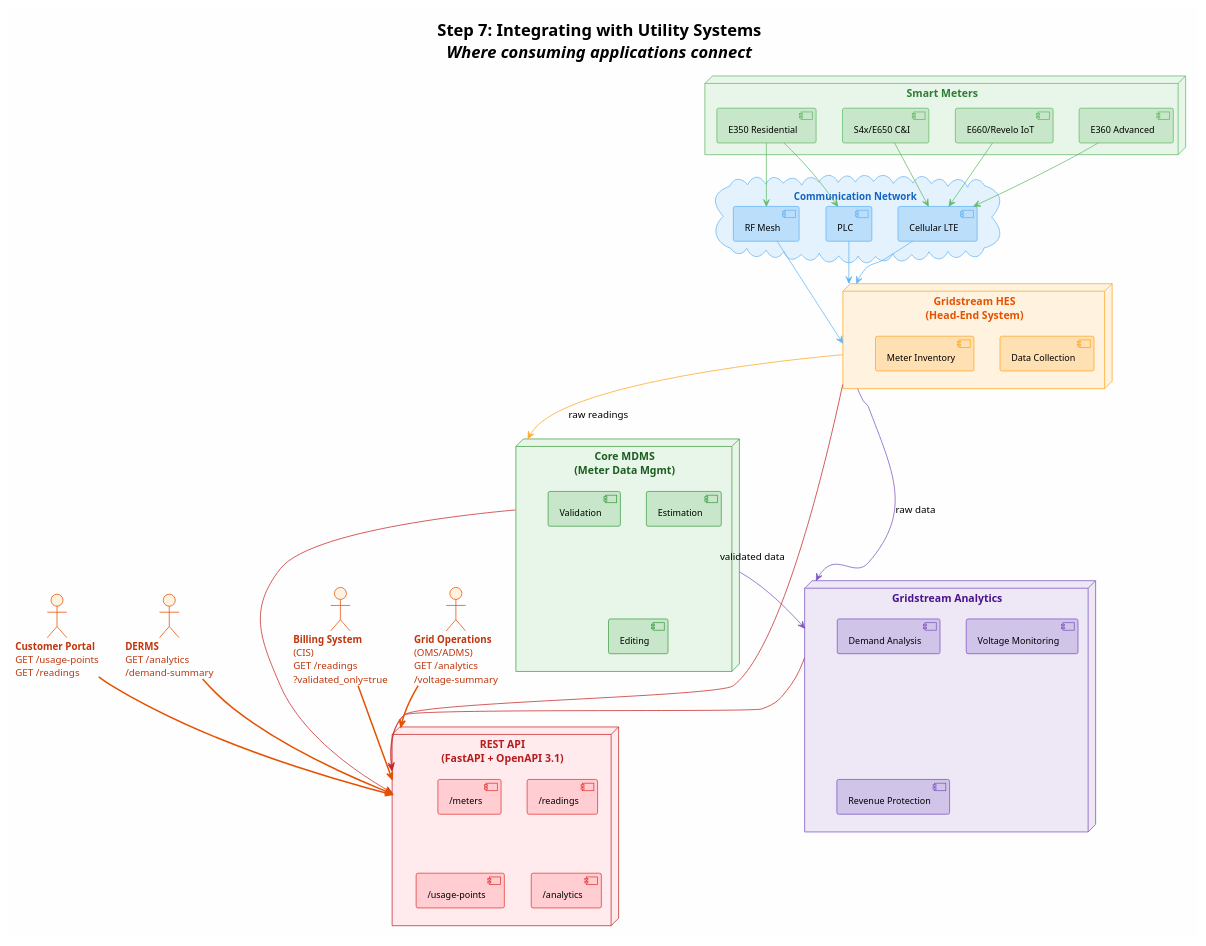
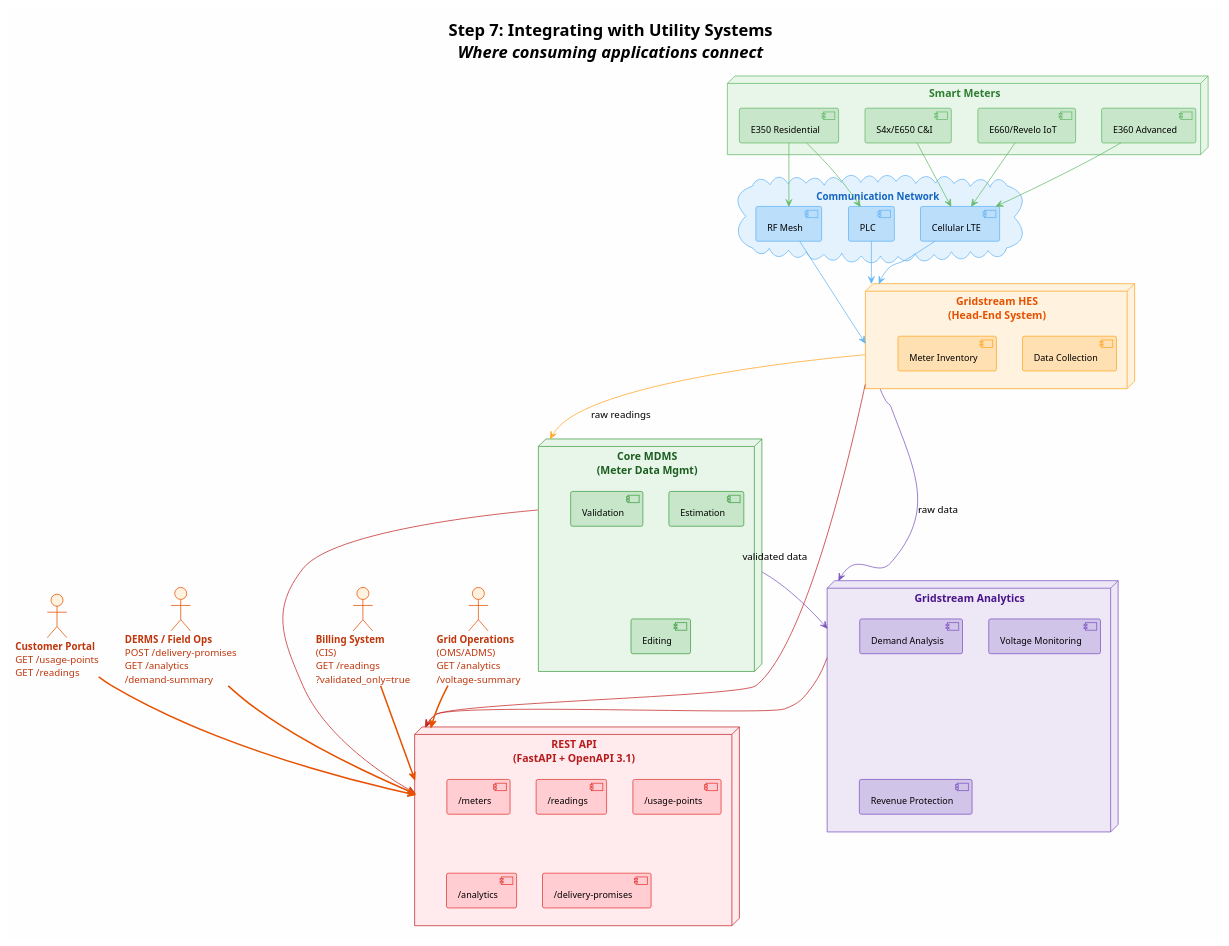
One commit to pjm4github/PokeAMI changed the diagram in docs/diagrams/walkthrough/architecture_step7_integration.puml. Above: the diagram before and after it, drawn with PlantUML. The commit also changed 16 other files, not shown here.

First line of the commit message:
Rename to PokeAMI, update README and all PlantUML diagrams

```diff
--- a/docs/diagrams/walkthrough/architecture_step7_integration.puml
+++ b/docs/diagrams/walkthrough/architecture_step7_integration.puml
@@ -1,81 +1,82 @@
 @startuml Architecture - Step 7: Client Integration
 !theme plain
 
 title <b>Step 7: Integrating with Utility Systems</b>\n<i>Where consuming applications connect</i>
 
 skinparam backgroundColor #FEFEFE
 skinparam defaultFontSize 13
 
 skinparam node {
     FontSize 14
 }
 skinparam component {
     FontSize 12
 }
 
 node "Smart Meters" as Meters #E8F5E9;line:66BB6A;text:2E7D32 {
     [E350 Residential] as E350 #C8E6C9;line:66BB6A
     [E360 Advanced] as E360 #C8E6C9;line:66BB6A
     [S4x/E650 C&I] as S4x #C8E6C9;line:66BB6A
     [E660/Revelo IoT] as E660 #C8E6C9;line:66BB6A
 }
 
 cloud "Communication Network" as Comm #E3F2FD;line:64B5F6;text:1565C0 {
     [RF Mesh] as RF #BBDEFB;line:64B5F6
     [PLC] as PLC #BBDEFB;line:64B5F6
     [Cellular LTE] as LTE #BBDEFB;line:64B5F6
 }
 
 node "Gridstream HES\n(Head-End System)" as HES #FFF3E0;line:FFA726;text:E65100 {
     [Data Collection] as DC #FFE0B2;line:FFA726
     [Meter Inventory] as MI #FFE0B2;line:FFA726
 }
 
 node "Core MDMS\n(Meter Data Mgmt)" as MDM #E8F5E9;line:43A047;text:1B5E20 {
     [Validation] as Val #C8E6C9;line:43A047
     [Estimation] as Est #C8E6C9;line:43A047
     [Editing] as Edit #C8E6C9;line:43A047
 }
 
 node "Gridstream Analytics" as GA #EDE7F6;line:7E57C2;text:4A148C {
     [Demand Analysis] as DA #D1C4E9;line:7E57C2
     [Voltage Monitoring] as VM #D1C4E9;line:7E57C2
     [Revenue Protection] as RP #D1C4E9;line:7E57C2
 }
 
 node "REST API\n(FastAPI + OpenAPI 3.1)" as API #FFEBEE;line:C62828;text:B71C1C {
     [/meters] as EM #FFCDD2;line:E53935
     [/readings] as ER #FFCDD2;line:E53935
     [/usage-points] as EU #FFCDD2;line:E53935
     [/analytics] as EA #FFCDD2;line:E53935
+    [/delivery-promises] as EDP #FFCDD2;line:E53935
 }
 
 actor "<b>Billing System</b>\n(CIS)\nGET /readings\n?validated_only=true" as Billing #FFF3E0;line:E65100;text:BF360C
 actor "<b>Grid Operations</b>\n(OMS/ADMS)\nGET /analytics\n/voltage-summary" as Grid #FFF3E0;line:E65100;text:BF360C
 actor "<b>Customer Portal</b>\nGET /usage-points\nGET /readings" as Portal #FFF3E0;line:E65100;text:BF360C
-actor "<b>DERMS</b>\nGET /analytics\n/demand-summary" as DERMS #FFF3E0;line:E65100;text:BF360C
+actor "<b>DERMS / Field Ops</b>\nPOST /delivery-promises\nGET /analytics\n/demand-summary" as DERMS #FFF3E0;line:E65100;text:BF360C
 
 E350 -[#66BB6A]-> RF
 E360 -[#66BB6A]-> LTE
 S4x -[#66BB6A]-> LTE
 E660 -[#66BB6A]-> LTE
 E350 -[#66BB6A]-> PLC
 
 RF -[#64B5F6]-> HES
 PLC -[#64B5F6]-> HES
 LTE -[#64B5F6]-> HES
 
 HES -[#FFA726]-> MDM : raw readings
 MDM -[#7E57C2]-> GA : validated data
 HES -[#7E57C2]-> GA : raw data
 
 HES -[#C62828]-> API
 MDM -[#C62828]-> API
 GA -[#C62828]-> API
 
 Billing -[#E65100,bold]-> API
 Grid -[#E65100,bold]-> API
 Portal -[#E65100,bold]-> API
 DERMS -[#E65100,bold]-> API
 
 @enduml
```
